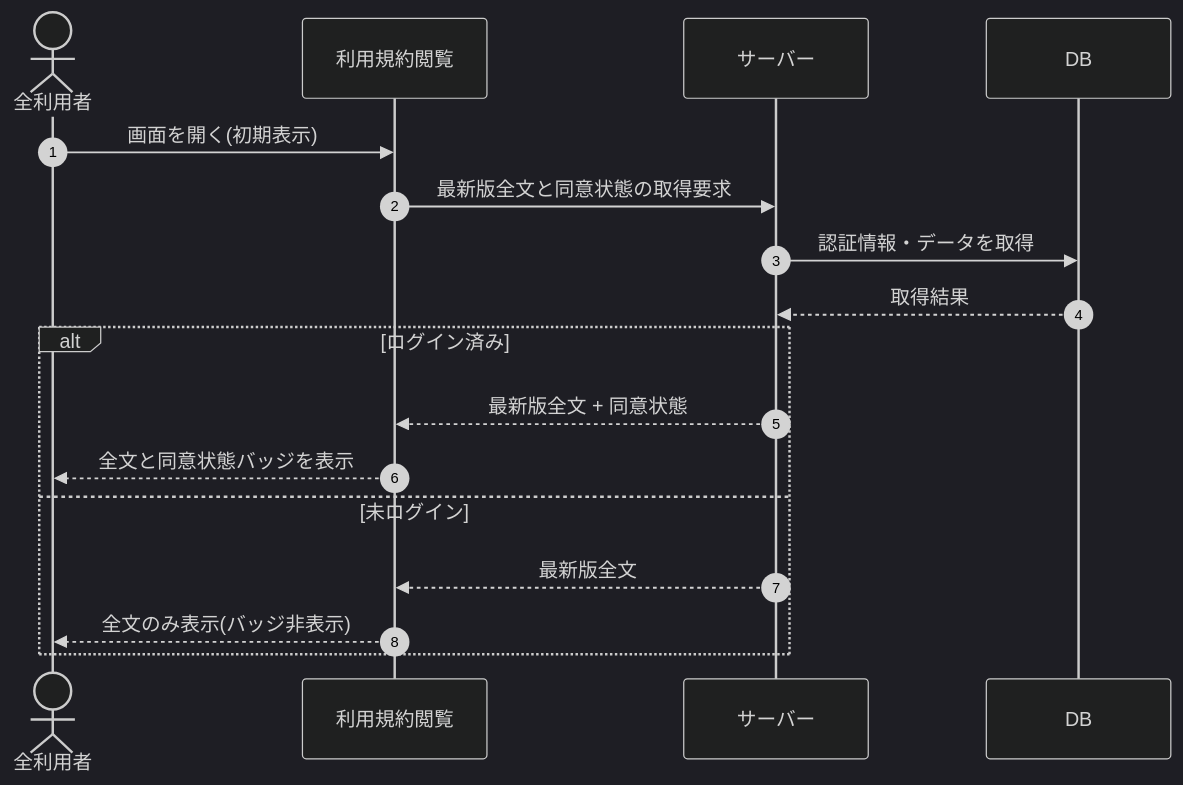
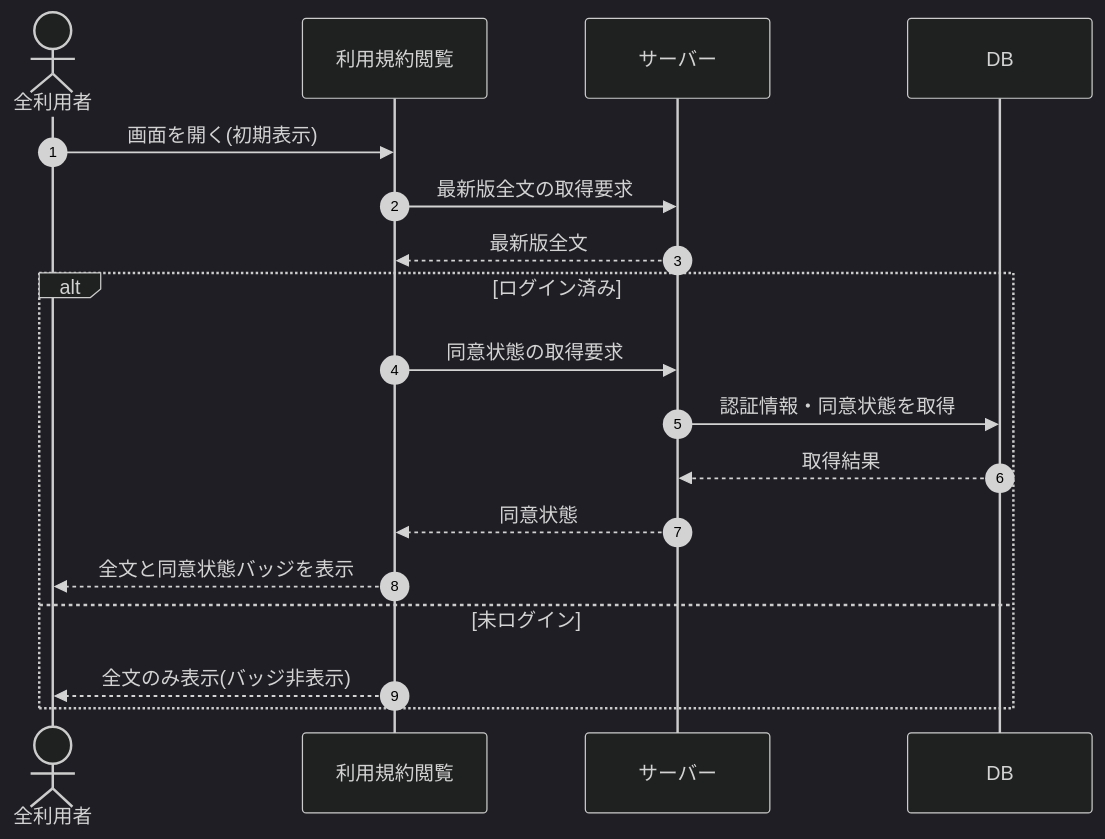
The diagram in 02_basic_design/03_sequences/SEQ-052.md (sikakou54/open-faq), drawn with Mermaid (dark theme) before and after one commit. The commit also changed other lines of this file and 54 other files, not shown here.

````diff
--- a/02_basic_design/03_sequences/SEQ-052.md
+++ b/02_basic_design/03_sequences/SEQ-052.md
@@ -24,19 +24,20 @@
 ```mermaid
 sequenceDiagram
   autonumber
   actor U as 全利用者
   participant Screen as 利用規約閲覧
   participant Server as サーバー
   participant DB as DB
   U->>Screen: 画面を開く(初期表示)
-  Screen->>Server: 最新版全文と同意状態の取得要求
-  Server->>DB: 認証情報・データを取得
-  DB-->>Server: 取得結果
+  Screen->>Server: 最新版全文の取得要求
+  Server-->>Screen: 最新版全文
   alt ログイン済み
-    Server-->>Screen: 最新版全文 + 同意状態
+    Screen->>Server: 同意状態の取得要求
+    Server->>DB: 認証情報・同意状態を取得
+    DB-->>Server: 取得結果
+    Server-->>Screen: 同意状態
     Screen-->>U: 全文と同意状態バッジを表示
   else 未ログイン
-    Server-->>Screen: 最新版全文
     Screen-->>U: 全文のみ表示(バッジ非表示)
   end
 ```
````
